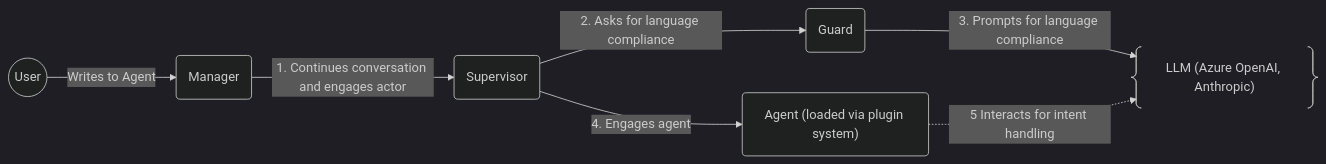
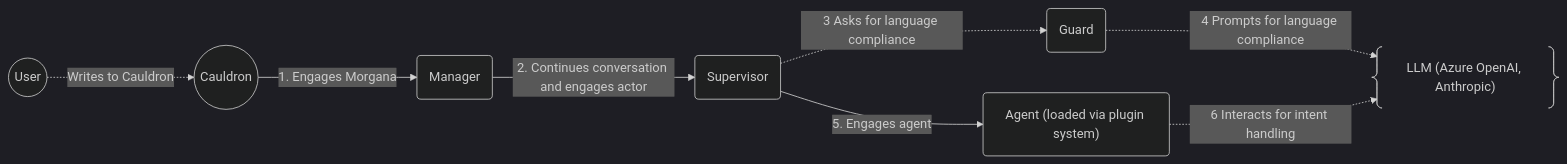
The second of 2 diagrams in README.md (mdesalvo/Morgana), drawn with Mermaid (dark theme) before and after one commit. The commit also changed other lines of this file, not shown here.

````diff
--- a/README.md
+++ b/README.md
@@ -68,12 +70,14 @@
 ```mermaid
 graph LR
-  U@{shape: circle, label: "User"} -- Writes to Agent --> CM@{shape: rounded, label: "ConversationManager"}
-  CM@{shape: rounded, label: "Manager"} -- 1. Continues conversation and engages actor --> SV@{shape: rounded, label: "Supervisor"}
+  U@{shape: circle, label: "User"} -. Writes to Cauldron .-> CLD@{shape: rounded, label: "Cauldron"}
 
-  SV@{shape: rounded, label: "Supervisor"} -- 2. Asks for language compliance --> G@{shape: rounded, label: "Guard"}
-  SV@{shape: rounded, label: "Supervisor"} -- 4. Engages agent --> MA@{shape: rounded, label: "MorganaAgent (loaded via plugin system)"}
+  CLD@{shape: circle, label: "Cauldron"} -- 1. Engages Morgana --> CM@{shape: rounded, label: "ConversationManager"}
+  CM@{shape: rounded, label: "Manager"} -- 2. Continues conversation and engages actor --> SV@{shape: rounded, label: "Supervisor"}
 
-  G@{shape: rounded, label: "Guard"} -- 3. Prompts for language compliance --> LLM
+  SV@{shape: rounded, label: "Supervisor"} -. 3 Asks for language compliance .-> G@{shape: rounded, label: "Guard"}
+  SV@{shape: rounded, label: "Supervisor"} -- 5. Engages agent --> MA@{shape: rounded, label: "MorganaAgent (loaded via plugin system)"}
 
-  MA@{shape: rounded, label: "Agent (loaded via plugin system)"} -. 5 Interacts for intent handling .-> LLM@{shape: braces, label: "LLM (Azure OpenAI, Anthropic)"}
+  G@{shape: rounded, label: "Guard"} -. 4 Prompts for language compliance .-> LLM
+
+  MA@{shape: rounded, label: "Agent (loaded via plugin system)"} -. 6 Interacts for intent handling .-> LLM@{shape: braces, label: "LLM (Azure OpenAI, Anthropic)"}
 ```
````
